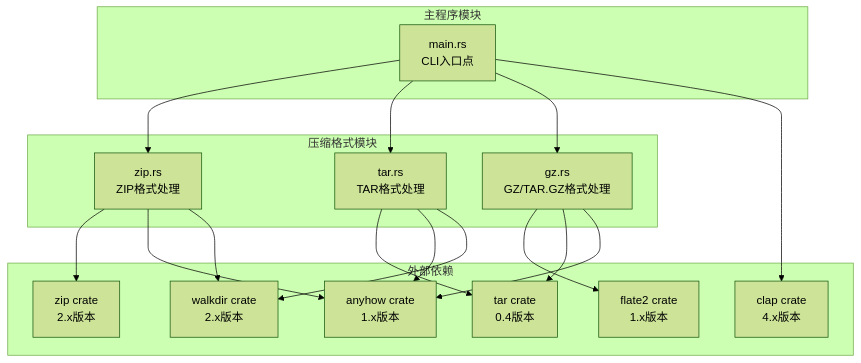
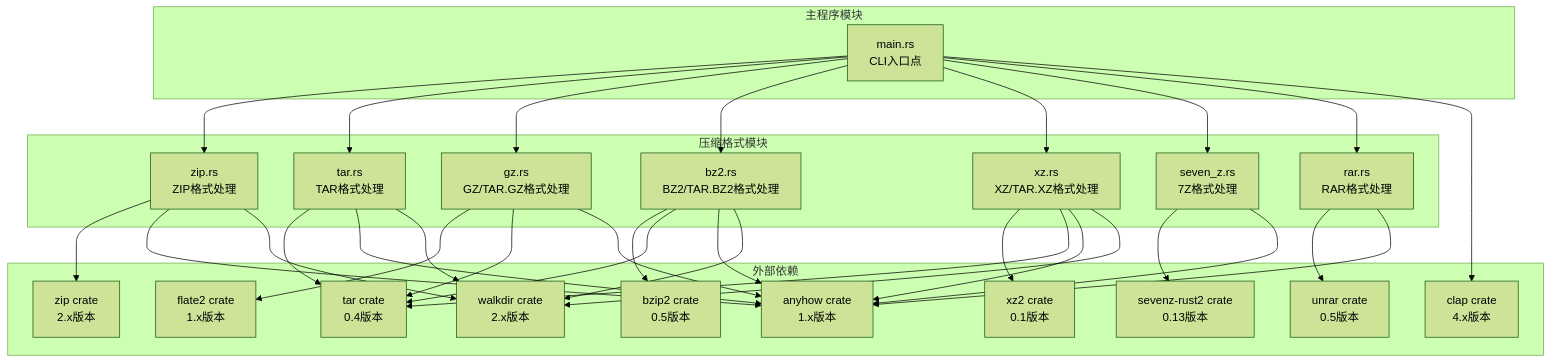
The first of 5 diagrams in .qoder/repowiki/zh/content/核心功能实现/解压功能实现.md (zhangjiacai-hub/myArchive), drawn with Mermaid (forest theme) before and after one commit. The commit also changed other lines of this file and 6 other files, not shown here.

````diff
--- a/.qoder/repowiki/zh/content/核心功能实现/解压功能实现.md
+++ b/.qoder/repowiki/zh/content/核心功能实现/解压功能实现.md
@@ -31,32 +35,56 @@
 ```mermaid
 graph TB
 subgraph "主程序模块"
 Main[main.rs<br/>CLI入口点]
 end
 subgraph "压缩格式模块"
 Zip[zip.rs<br/>ZIP格式处理]
 Tar[tar.rs<br/>TAR格式处理]
 Gz[gz.rs<br/>GZ/TAR.GZ格式处理]
+Bz2[bz2.rs<br/>BZ2/TAR.BZ2格式处理]
+Xz[xz.rs<br/>XZ/TAR.XZ格式处理]
+SevenZ[seven_z.rs<br/>7Z格式处理]
+Rar[rar.rs<br/>RAR格式处理]
 end
 subgraph "外部依赖"
 ZipDep[zip crate<br/>2.x版本]
 TarDep[tar crate<br/>0.4版本]
 Flate2[flate2 crate<br/>1.x版本]
+Bzip2[bzip2 crate<br/>0.5版本]
+Xz2[xz2 crate<br/>0.1版本]
+SevenZDep[sevenz-rust2 crate<br/>0.13版本]
+Unrar[unrar crate<br/>0.5版本]
 WalkDir[walkdir crate<br/>2.x版本]
 Clap[clap crate<br/>4.x版本]
 Anyhow[anyhow crate<br/>1.x版本]
 end
 Main --> Zip
 Main --> Tar
 Main --> Gz
+Main --> Bz2
+Main --> Xz
+Main --> SevenZ
+Main --> Rar
 Zip --> ZipDep
 Tar --> TarDep
 Gz --> Flate2
 Gz --> TarDep
+Bz2 --> Bzip2
+Bz2 --> TarDep
+Xz --> Xz2
+Xz --> TarDep
+SevenZ --> SevenZDep
+Rar --> Unrar
 Main --> Clap
 Zip --> Anyhow
 Tar --> Anyhow
 Gz --> Anyhow
+Bz2 --> Anyhow
+Xz --> Anyhow
+SevenZ --> Anyhow
+Rar --> Anyhow
 Zip --> WalkDir
 Tar --> WalkDir
+Bz2 --> WalkDir
+Xz --> WalkDir
 ```
````
